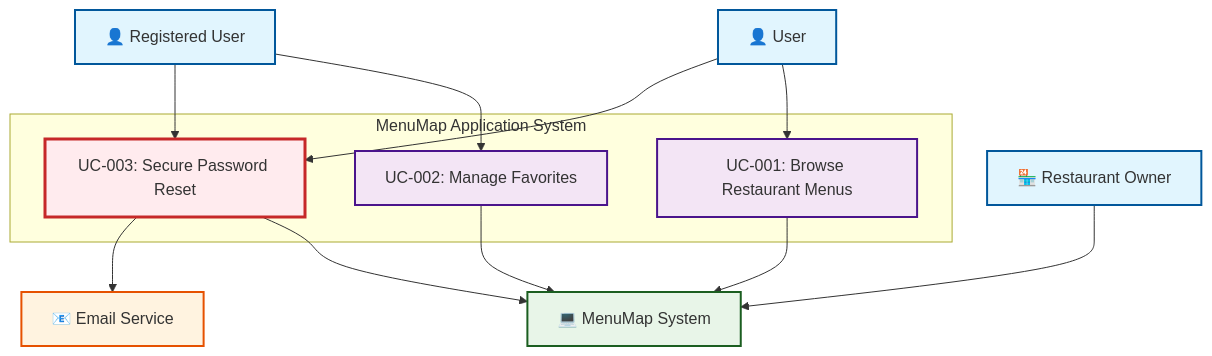
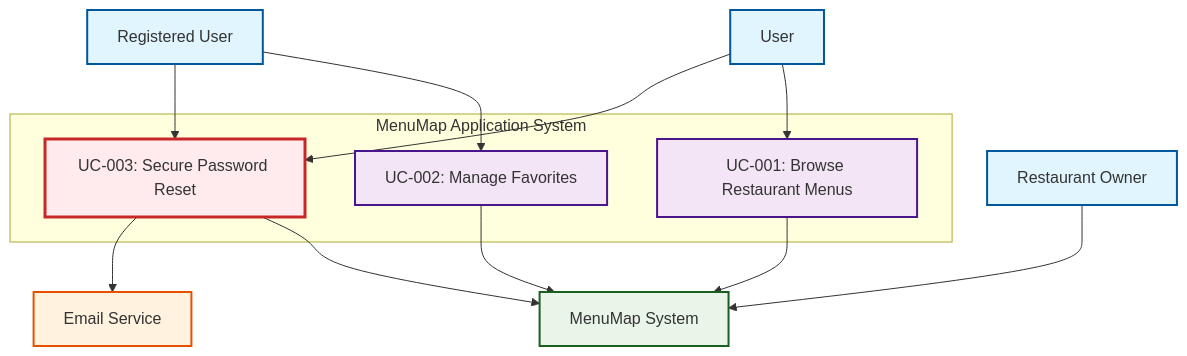
The fourth of 4 diagrams in Deliverable3_Implementation/AndreLewis1400/MenuMap/Deliverable1_Requirements/Use_Case_Diagrams.md (AndreLewis1400/MenuMap), drawn with Mermaid before and after one commit. The commit also changed other lines of this file and 151 other files, not shown here.

````diff
--- a/Deliverable3_Implementation/AndreLewis1400/MenuMap/Deliverable1_Requirements/Use_Case_Diagrams.md
+++ b/Deliverable3_Implementation/AndreLewis1400/MenuMap/Deliverable1_Requirements/Use_Case_Diagrams.md
@@ -203,38 +203,38 @@
 ```mermaid
 graph TB
-    subgraph "MenuMap Application System"
-        UC1["UC-001: Browse Restaurant Menus"]
-        UC2["UC-002: Manage Favorites"]
-        UC3["UC-003: Secure Password Reset"]
-    end
-    
-    User["👤 User"]
-    RegisteredUser["👤 Registered User"]
-    RestaurantOwner["🏪 Restaurant Owner"]
-    System["💻 MenuMap System"]
-    EmailService["📧 Email Service"]
-    
-    User --> UC1
-    RegisteredUser --> UC2
-    User --> UC3
-    RegisteredUser --> UC3
-    
-    UC1 --> System
-    UC2 --> System
-    UC3 --> System
-    UC3 --> EmailService
-    
-    RestaurantOwner --> System
-    
-    classDef actor fill:#e1f5fe,stroke:#01579b,stroke-width:2px
-    classDef normalusecase fill:#f3e5f5,stroke:#4a148c,stroke-width:2px
-    classDef securityusecase fill:#ffebee,stroke:#c62828,stroke-width:3px
-    classDef system fill:#e8f5e8,stroke:#1b5e20,stroke-width:2px
-    classDef external fill:#fff3e0,stroke:#e65100,stroke-width:2px
-    
-    class User,RegisteredUser,RestaurantOwner actor
-    class UC1,UC2 normalusecase
-    class UC3 securityusecase
-    class System system
-    class EmailService external
+ subgraph "MenuMap Application System"
+ UC1["UC-001: Browse Restaurant Menus"]
+ UC2["UC-002: Manage Favorites"]
+ UC3["UC-003: Secure Password Reset"]
+ end
+ 
+ User[" User"]
+ RegisteredUser[" Registered User"]
+ RestaurantOwner[" Restaurant Owner"]
+ System[" MenuMap System"]
+ EmailService[" Email Service"]
+ 
+ User --> UC1
+ RegisteredUser --> UC2
+ User --> UC3
+ RegisteredUser --> UC3
+ 
+ UC1 --> System
+ UC2 --> System
+ UC3 --> System
+ UC3 --> EmailService
+ 
+ RestaurantOwner --> System
+ 
+ classDef actor fill:#e1f5fe,stroke:#01579b,stroke-width:2px
+ classDef normalusecase fill:#f3e5f5,stroke:#4a148c,stroke-width:2px
+ classDef securityusecase fill:#ffebee,stroke:#c62828,stroke-width:3px
+ classDef system fill:#e8f5e8,stroke:#1b5e20,stroke-width:2px
+ classDef external fill:#fff3e0,stroke:#e65100,stroke-width:2px
+ 
+ class User,RegisteredUser,RestaurantOwner actor
+ class UC1,UC2 normalusecase
+ class UC3 securityusecase
+ class System system
+ class EmailService external
 ```
````
